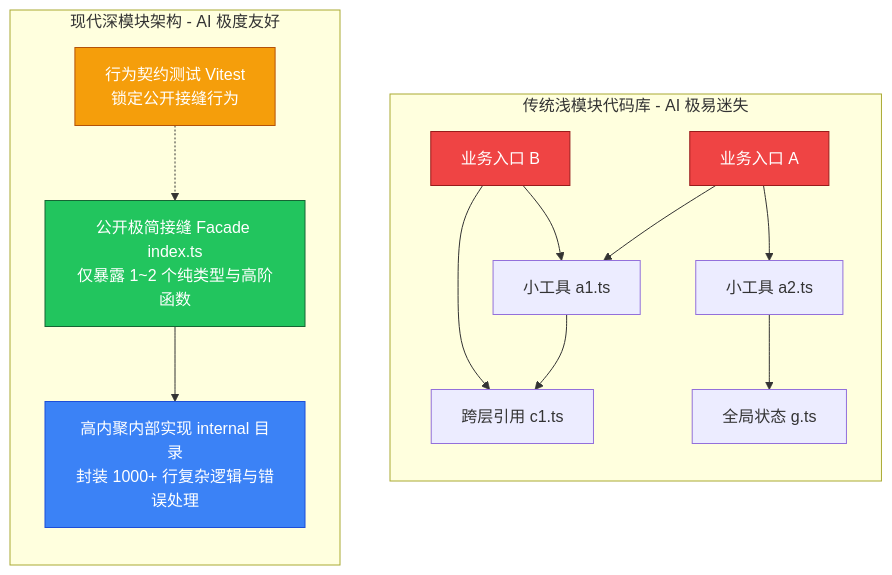
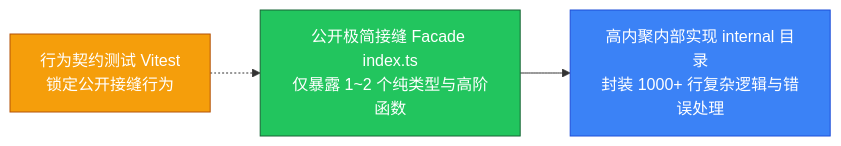
The second of 2 diagrams in video2md/chhsich/逐视频拆解/001-BV1MqbB6YEQM-为什么代码库比prompt更影响AI编程效果.md (martjay/video2md-skill), drawn with Mermaid before and after one commit. The commit also changed other lines of this file and 3 other files, not shown here.

Commit message:
docs: standardize Mermaid vertical layout in SKILL.md and refactor diagrams to full-width

````diff
--- a/video2md/chhsich/逐视频拆解/001-BV1MqbB6YEQM-为什么代码库比prompt更影响AI编程效果.md
+++ b/video2md/chhsich/逐视频拆解/001-BV1MqbB6YEQM-为什么代码库比prompt更影响AI编程效果.md
@@ -33,26 +47,8 @@
 ```mermaid
-flowchart TD
-    subgraph S1 ["传统浅模块代码库 - AI 极易迷失"]
-        direction TB
-        A1["业务入口 A"] --> B1["小工具 a1.ts"]
-        A1 --> B2["小工具 a2.ts"]
-        B1 --> C1["跨层引用 c1.ts"]
-        B2 --> C2["全局状态 g.ts"]
-        A2["业务入口 B"] --> B1
-        A2 --> C1
-        style A1 fill:#ef4444,stroke:#991b1b,color:#ffffff
-        style A2 fill:#ef4444,stroke:#991b1b,color:#ffffff
-    end
-
-    subgraph S2 ["现代深模块架构 - AI 极度友好"]
-        direction TB
-        Facade["公开极简接缝 Facade index.ts<br/>仅暴露 1~2 个纯类型与高阶函数"]
-        DeepCore["高内聚内部实现 internal 目录<br/>封装 1000+ 行复杂逻辑与错误处理"]
-        TestHarness["行为契约测试 Vitest<br/>锁定公开接缝行为"]
-        Facade --> DeepCore
-        TestHarness -.-> Facade
-        style Facade fill:#22c55e,stroke:#166534,color:#ffffff
-        style DeepCore fill:#3b82f6,stroke:#1d4ed8,color:#ffffff
-        style TestHarness fill:#f59e0b,stroke:#b45309,color:#ffffff
-    end
+flowchart LR
+    Facade["公开极简接缝 Facade index.ts<br/>仅暴露 1~2 个纯类型与高阶函数"] --> DeepCore["高内聚内部实现 internal 目录<br/>封装 1000+ 行复杂逻辑与错误处理"]
+    TestHarness["行为契约测试 Vitest<br/>锁定公开接缝行为"] -.-> Facade
+    style Facade fill:#22c55e,stroke:#166534,color:#ffffff
+    style DeepCore fill:#3b82f6,stroke:#1d4ed8,color:#ffffff
+    style TestHarness fill:#f59e0b,stroke:#b45309,color:#ffffff
 ```
````
